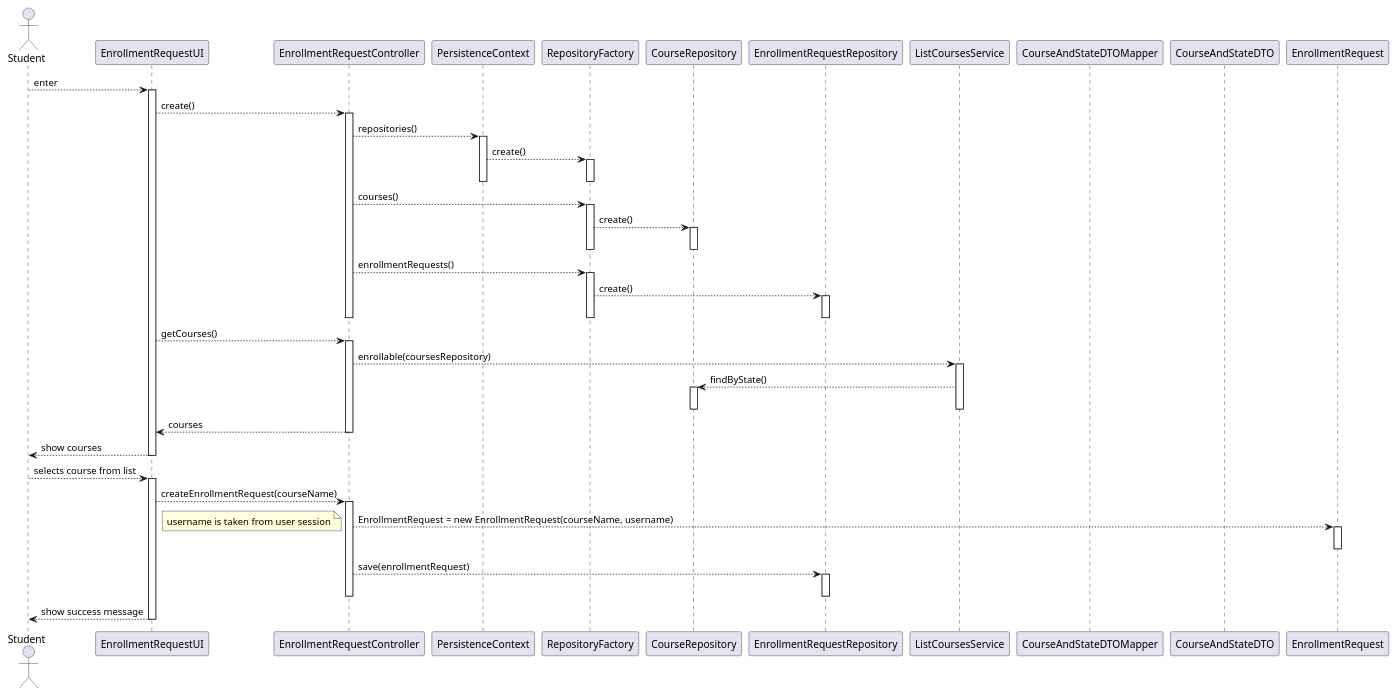
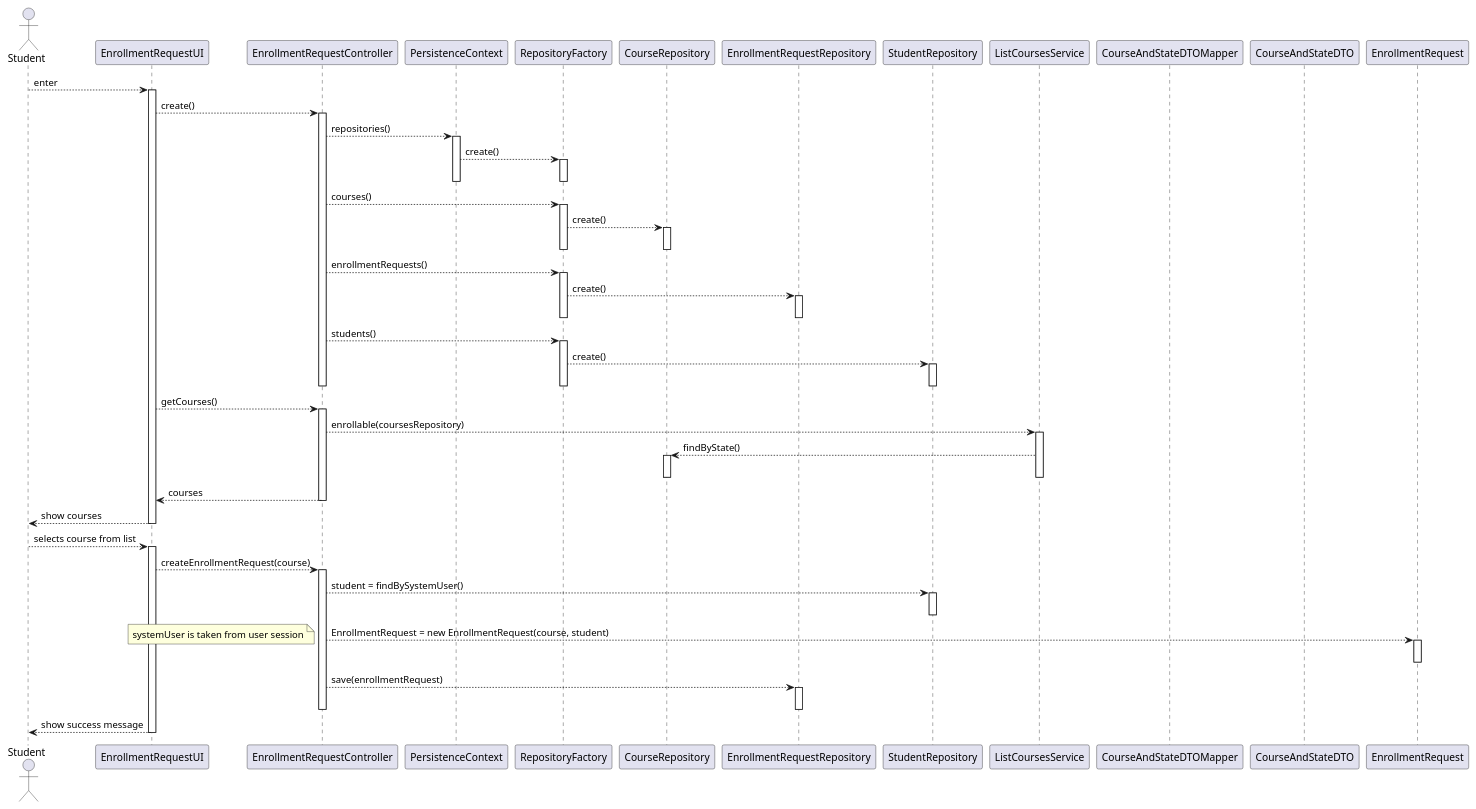
One commit to jovami/isep-lapr4 changed the diagram in docs/us_1008/sd.puml. Above: the diagram before and after it, drawn with PlantUML. The commit also changed 6 other files, not shown here.

Commit message:
fix(us_2008): Student and Course are now attributes of EnrollmentRequest

```diff
--- a/docs/us_1008/sd.puml
+++ b/docs/us_1008/sd.puml
@@ -1,78 +1,91 @@
 @startuml
 
 actor Student as user
 participant EnrollmentRequestUI as ui
 participant EnrollmentRequestController as ctrl
 
 participant PersistenceContext as ctx
 participant RepositoryFactory as rep_fac
 participant CourseRepository as course_repo
 participant EnrollmentRequestRepository as enrollment_request_repo
+participant StudentRepository as student_repo
 
 participant ListCoursesService as courses_svc
 
 participant CourseAndStateDTOMapper as mapper
 participant CourseAndStateDTO as dto
 
 participant EnrollmentRequest as enrollment_request
 
 user --> ui: enter
 
 activate ui
     ui --> ctrl: create()
     activate ctrl
         ctrl --> ctx: repositories()
         activate ctx
             ctx --> rep_fac: create()
             activate rep_fac
             deactivate rep_fac
         deactivate ctx
 
         ctrl --> rep_fac: courses()
         activate rep_fac
             rep_fac --> course_repo: create()
             activate course_repo
             deactivate course_repo
         deactivate rep_fac
+
         ctrl --> rep_fac : enrollmentRequests()
         activate rep_fac
             rep_fac --> enrollment_request_repo: create()
             activate enrollment_request_repo
             deactivate enrollment_request_repo
+        deactivate rep_fac
+
+        ctrl --> rep_fac: students()
+        activate rep_fac
+            rep_fac --> student_repo: create()
+            activate student_repo
+            deactivate student_repo
         deactivate rep_fac
     deactivate ctrl
 
     ui --> ctrl: getCourses()
     activate ctrl
         ctrl --> courses_svc: enrollable(coursesRepository)
         activate courses_svc
             courses_svc --> course_repo: findByState()
             activate course_repo
             deactivate course_repo
         deactivate courses_svc
 
         ctrl --> ui: courses
     deactivate ctrl
 
 
 
     ui --> user: show courses
 deactivate ui
 
 user --> ui: selects course from list
 activate ui
-    ui --> ctrl: createEnrollmentRequest(courseName)
+    ui --> ctrl: createEnrollmentRequest(course)
     activate ctrl
-        ctrl ---> enrollment_request: EnrollmentRequest = new EnrollmentRequest(courseName, username)
-        note bottom: username is taken from user session
+        ctrl --> student_repo: student = findBySystemUser()
+        activate student_repo
+        deactivate student_repo
+
+        ctrl ---> enrollment_request: EnrollmentRequest = new EnrollmentRequest(course, student)
+        note bottom: systemUser is taken from user session
         activate enrollment_request
         deactivate enrollment_request
 
         ctrl --> enrollment_request_repo: save(enrollmentRequest)
         activate enrollment_request_repo
         deactivate enrollment_request_repo
     deactivate ctrl
 
     ui --> user: show success message
 deactivate ui
 @enduml
```
